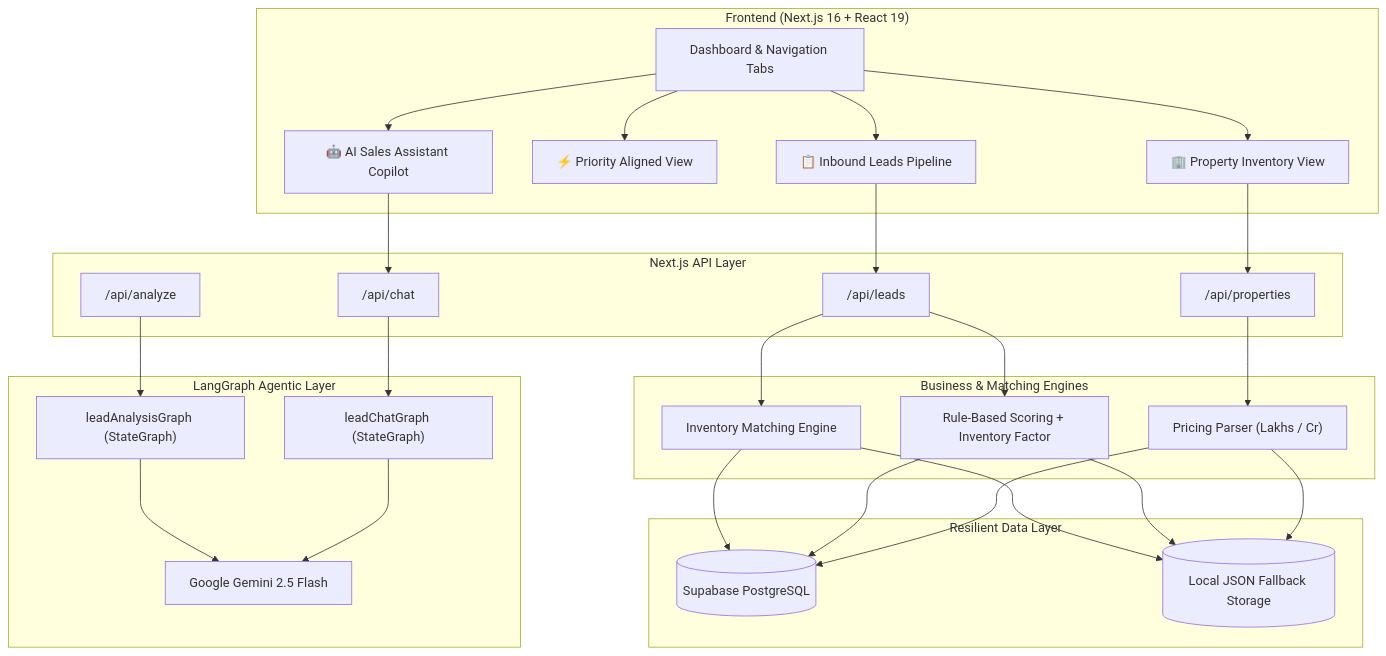
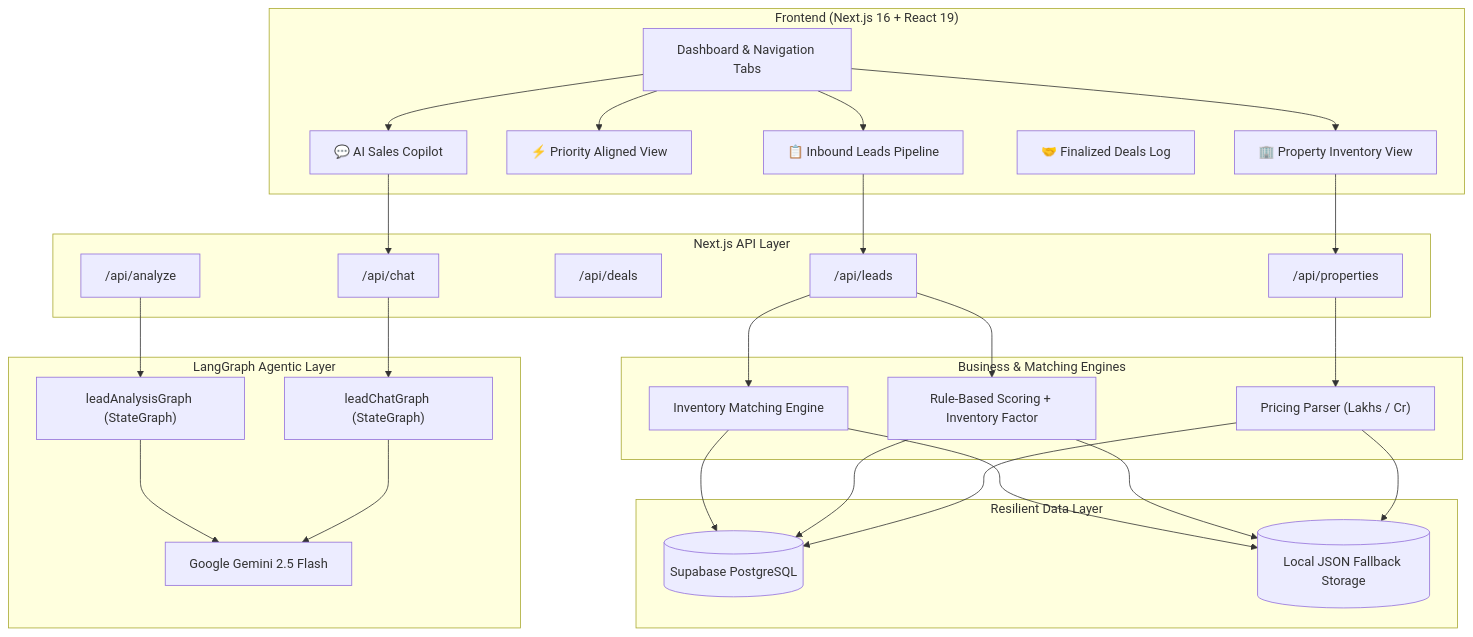
One commit to kumarnitn/realestate-ai changed the diagram in README.md. Above: the diagram before and after it, drawn with Mermaid. The commit also changed other lines of this file and 12 other files, not shown here.

````diff
--- a/README.md
+++ b/README.md
@@ -59,46 +66,48 @@
 ```mermaid
 flowchart TD
     subgraph Client ["Frontend (Next.js 16 + React 19)"]
         UI["Dashboard & Navigation Tabs"]
         LeadTab["📋 Inbound Leads Pipeline"]
         PriorityView["⚡ Priority Aligned View"]
         InventoryTab["🏢 Property Inventory View"]
-        ChatCopilot["🤖 AI Sales Assistant Copilot"]
+        DealsLogTab["🤝 Finalized Deals Log"]
+        ChatCopilot["💬 AI Sales Copilot"]
     end
 
     subgraph API ["Next.js API Layer"]
         RouteLeads["/api/leads"]
         RouteProps["/api/properties"]
+        RouteDeals["/api/deals"]
         RouteAnalyze["/api/analyze"]
         RouteChat["/api/chat"]
     end
 
     subgraph Logic ["Business & Matching Engines"]
         PricingEngine["Pricing Parser (Lakhs / Cr)"]
         MatchingEngine["Inventory Matching Engine"]
         ScoringEngine["Rule-Based Scoring + Inventory Factor"]
     end
 
     subgraph AI ["LangGraph Agentic Layer"]
         LangGraphAnalysis["leadAnalysisGraph (StateGraph)"]
         LangGraphChat["leadChatGraph (StateGraph)"]
         GeminiFlash["Google Gemini 2.5 Flash"]
     end
 
     subgraph Storage ["Resilient Data Layer"]
         SupabaseDB[("Supabase PostgreSQL")]
         LocalCache[("Local JSON Fallback Storage")]
     end
 
     UI --> LeadTab & PriorityView & InventoryTab & ChatCopilot
     LeadTab --> RouteLeads
     InventoryTab --> RouteProps
     ChatCopilot --> RouteChat
     
     RouteLeads --> MatchingEngine & ScoringEngine --> SupabaseDB & LocalCache
     RouteProps --> PricingEngine --> SupabaseDB & LocalCache
     RouteAnalyze --> LangGraphAnalysis
     RouteChat --> LangGraphChat
 
     LangGraphAnalysis & LangGraphChat --> GeminiFlash
 ```
````
